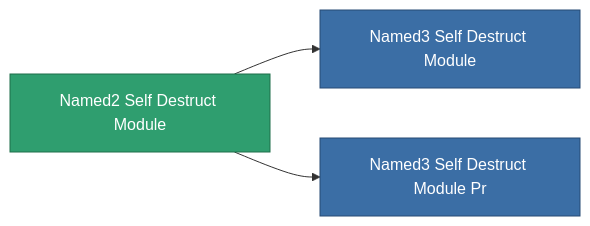
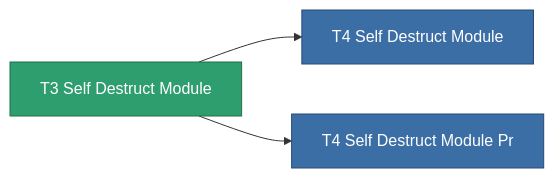
Before and after one commit to OpenPerpetuum/Wiki: the diagram in content/content/items/named2_self_destruct_module.md, drawn with Mermaid. The commit also changed other lines of this file and 4904 other files, not shown here.

````diff
--- a/content/content/items/named2_self_destruct_module.md
+++ b/content/content/items/named2_self_destruct_module.md
@@ -63,13 +47,13 @@
 ```mermaid
 graph LR
-    a["Named2 Self Destruct Module"]:::current
-    b["Named3 Self Destruct Module"]:::prod
+    a["T3 Self Destruct Module"]:::current
+    b["T4 Self Destruct Module"]:::prod
     a --> b
-    click b "/content/items/named3-self-destruct-module/" "Named3 Self Destruct Module"
-    c["Named3 Self Destruct Module Pr"]:::prod
+    click b "/content/items/named3-self-destruct-module/" "T4 Self Destruct Module"
+    c["T4 Self Destruct Module Pr"]:::prod
     a --> c
-    click c "/content/items/named3-self-destruct-module-pr/" "Named3 Self Destruct Module Pr"
+    click c "/content/items/named3-self-destruct-module-pr/" "T4 Self Destruct Module Pr"
     classDef current fill:#2f9e6f,stroke:#1f6f4a,color:#ffffff
     classDef prod fill:#3b6ea5,stroke:#274a75,color:#ffffff
     classDef more fill:#39445a,stroke:#54658a,color:#d5dbe8
 ```
````
